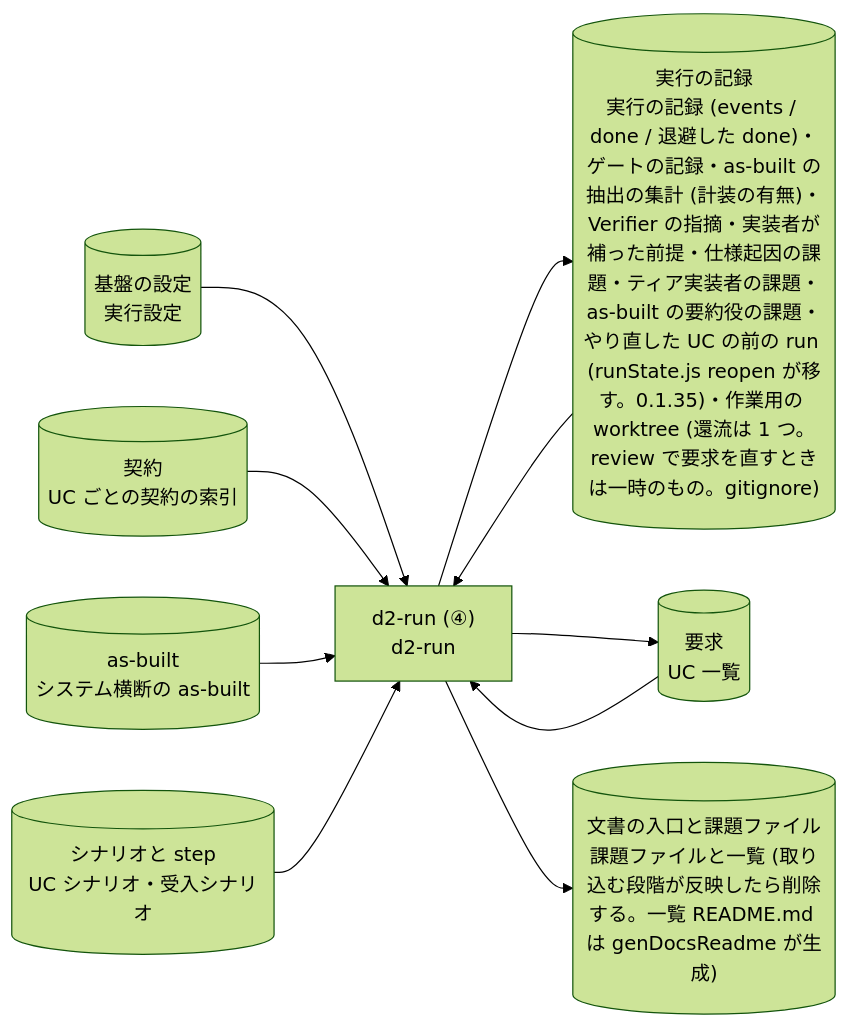
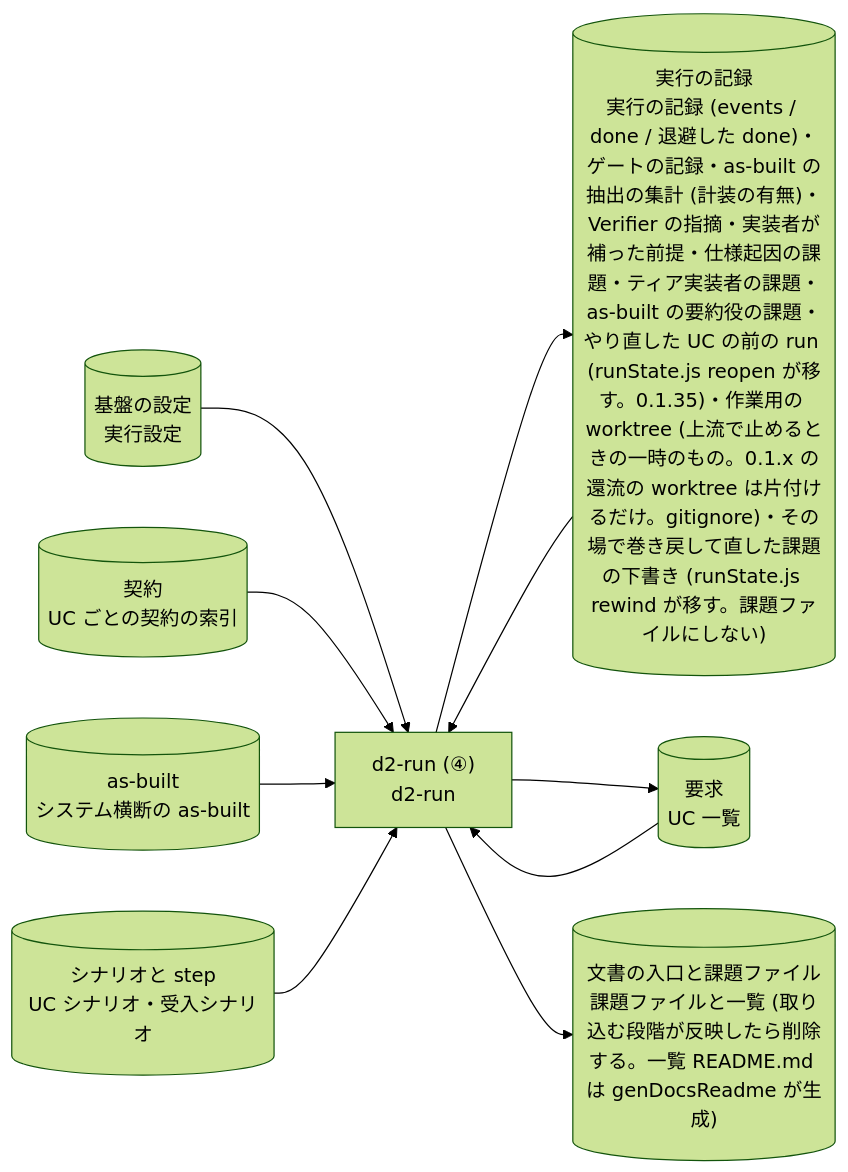
One commit to suwa-sh/suwa-sh-claude-plugins changed diagram 39 of 50 in plugins/distillery2/skills/d2-common/references/dataflow.md. Above: the diagram before and after it, drawn with Mermaid (forest theme). The commit also changed other lines of this file and 12 other files, not shown here.

````diff
--- a/plugins/distillery2/skills/d2-common/references/dataflow.md
+++ b/plugins/distillery2/skills/d2-common/references/dataflow.md
@@ -942,20 +993,20 @@
 ```mermaid
 flowchart LR
   p_run_uc["d2-run (④)<br/>d2-run"]
   g_settings[("基盤の設定<br/>実行設定")]
   g_requirements[("要求<br/>UC 一覧")]
-  g_run[("実行の記録<br/>実行の記録 (events / done / 退避した done)・ゲートの記録・as-built の抽出の集計 (計装の有無)・Verifier の指摘・実装者が補った前提・仕様起因の課題・ティア実装者の課題・as-built の要約役の課題・やり直した UC の前の run (runState.js reopen が移す。0.1.35)・作業用の worktree (還流は 1 つ。review で要求を直すときは一時のもの。gitignore)")]
+  g_run[("実行の記録<br/>実行の記録 (events / done / 退避した done)・ゲートの記録・as-built の抽出の集計 (計装の有無)・Verifier の指摘・実装者が補った前提・仕様起因の課題・ティア実装者の課題・as-built の要約役の課題・やり直した UC の前の run (runState.js reopen が移す。0.1.35)・作業用の worktree (上流で止めるときの一時のもの。0.1.x の還流の worktree は片付けるだけ。gitignore)・その場で巻き戻して直した課題の下書き (runState.js rewind が移す。課題ファイルにしない)")]
   g_contracts[("契約<br/>UC ごとの契約の索引")]
   g_asbuilt[("as-built<br/>システム横断の as-built")]
   g_scenarios[("シナリオと step<br/>UC シナリオ・受入シナリオ")]
   g_docs[("文書の入口と課題ファイル<br/>課題ファイルと一覧 (取り込む段階が反映したら削除する。一覧 README.md は genDocsReadme が生成)")]
   g_settings --> p_run_uc
   g_requirements --> p_run_uc
   g_run --> p_run_uc
   g_contracts --> p_run_uc
   g_asbuilt --> p_run_uc
   g_scenarios --> p_run_uc
   p_run_uc --> g_run
   p_run_uc --> g_requirements
   p_run_uc --> g_docs
 ```
````
